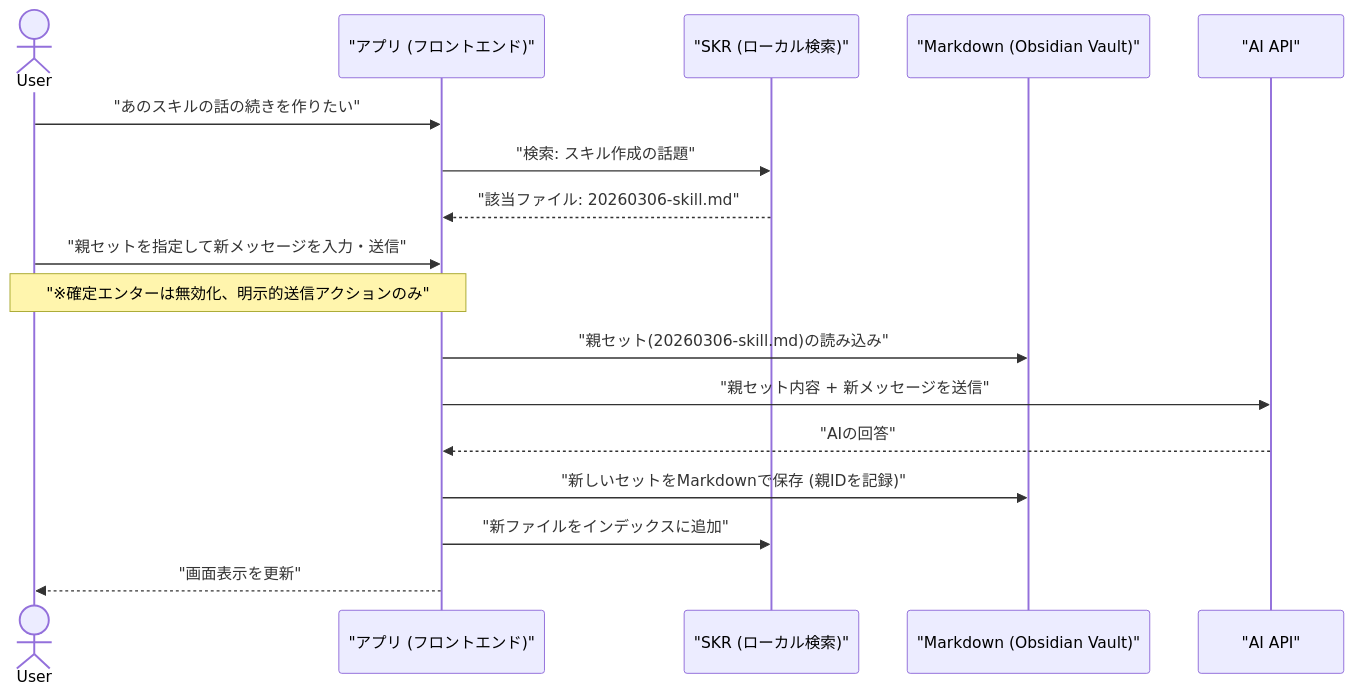
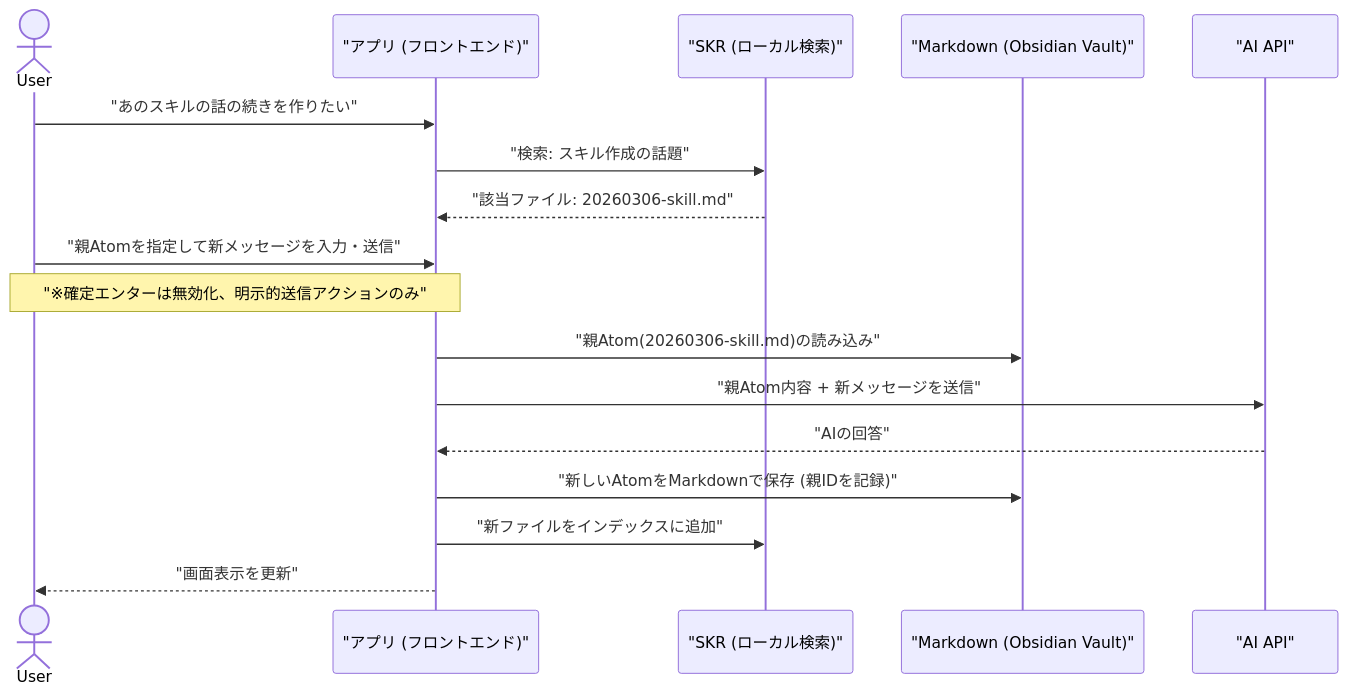
Before and after one commit to nqounet/clara: the diagram in CONCEPT.md, drawn with Mermaid. The commit also changed other lines of this file and 9 other files, not shown here.

````diff
--- a/CONCEPT.md
+++ b/CONCEPT.md
@@ -32,22 +32,22 @@
 ```mermaid
 sequenceDiagram
     actor User
     participant CLI_GUI as "アプリ (フロントエンド)"
     participant SKR as "SKR (ローカル検索)"
     participant Files as "Markdown (Obsidian Vault)"
     participant AI as "AI API"
 
     User->>CLI_GUI: "あのスキルの話の続きを作りたい"
     CLI_GUI->>SKR: "検索: スキル作成の話題"
     SKR-->>CLI_GUI: "該当ファイル: 20260306-skill.md"
-    User->>CLI_GUI: "親セットを指定して新メッセージを入力・送信"
+    User->>CLI_GUI: "親Atomを指定して新メッセージを入力・送信"
     Note over User,CLI_GUI: "※確定エンターは無効化、明示的送信アクションのみ"
 
-    CLI_GUI->>Files: "親セット(20260306-skill.md)の読み込み"
-    CLI_GUI->>AI: "親セット内容 + 新メッセージを送信"
+    CLI_GUI->>Files: "親Atom(20260306-skill.md)の読み込み"
+    CLI_GUI->>AI: "親Atom内容 + 新メッセージを送信"
     AI-->>CLI_GUI: "AIの回答"
 
-    CLI_GUI->>Files: "新しいセットをMarkdownで保存 (親IDを記録)"
+    CLI_GUI->>Files: "新しいAtomをMarkdownで保存 (親IDを記録)"
     CLI_GUI->>SKR: "新ファイルをインデックスに追加"
     CLI_GUI-->>User: "画面表示を更新"
 ```
````
